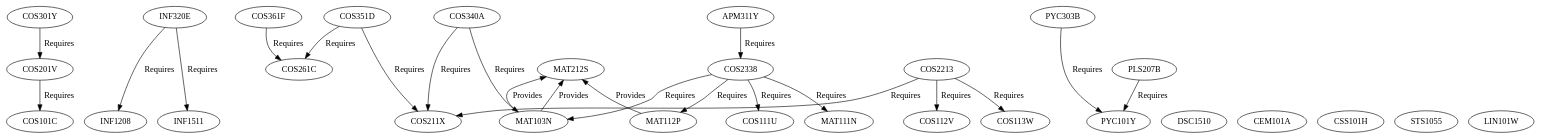
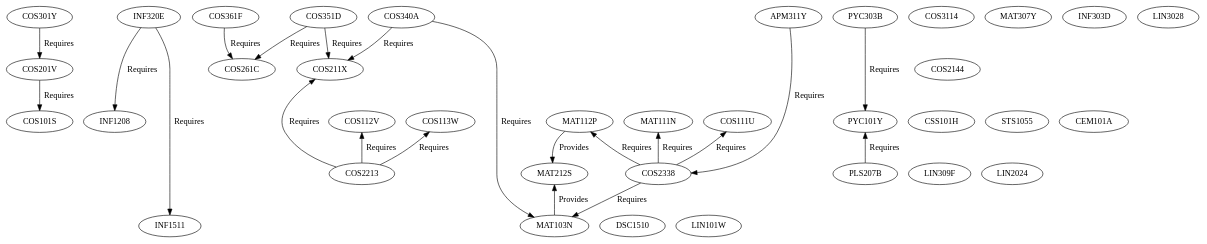
Before and after one commit to apauley/RandomHacks: the diagram in Unisa/ComputationalIntelligence.dot, drawn with Graphviz.

Commit message:
Updated GraphViz graph of Unisa modules

```diff
--- a/Unisa/ComputationalIntelligence.dot
+++ b/Unisa/ComputationalIntelligence.dot
@@ -1,50 +1,39 @@
 digraph ComputationalIntelligence {
+	//L3Compulsory [label="Level 3 Compulsory"]
+	{rank=same; COS301Y INF320E COS351D COS361F PYC303B}
+
+	//L3Optional [label="Level 3 Optional"]
+	{rank=same; COS3114 APM311Y MAT307Y INF303D LIN3028 COS340A}
+  
+	//L2Compulsory [label="Level 2 Compulsory"]
+	{rank=same; COS201V COS211X COS261C COS2144}
+
+	//L2Optional [label="Level 2 Optional"]
+	{rank=same; COS2213 COS2338 MAT212S LIN309F LIN2024 PLS207B}
+
+	//L1Compulsory [label="Level 1 Compulsory"]
+	{rank=same; COS101S COS112V COS113W INF1208 MAT112P MAT111N PYC101Y COS111U CSS101H STS1055 CEM101A}
+
+	//L1Optional [label="Level 1 Optional"]
+	{rank=same; MAT103N DSC1510 LIN101W INF1511}
+
 	COS301Y -> {COS201V} [label=Requires]
 	INF320E -> {INF1208 INF1511} [label=Requires]
 	COS361F -> {COS261C} [label=Requires]
 	COS351D -> {COS211X COS261C} [label=Requires]
 	PYC303B -> {PYC101Y} [label=Requires]
 
 	COS340A -> {COS211X MAT103N} [label=Requires]
 	APM311Y -> {COS2338} [label=Requires]
 
-	{rank=same
-	COS301Y
-	INF320E
-	COS361F
-	COS351D
-	PYC303B
 
-	COS340A
-	APM311Y
-	}
-
-	COS201V -> {COS101C} [label=Requires]
+	COS201V -> {COS101S} [label=Requires]
 	COS2338 -> {COS111U MAT103N MAT111N MAT112P} [label=Requires]
 	COS2213 -> {COS112V COS113W COS211X} [label=Requires]
 
 	PLS207B -> {PYC101Y} [label=Requires]
-	MAT212S -> {MAT103N MAT112P} [label=Provides, dir=back]
 
-	{rank=same
-	COS201V
-	COS2338
-	COS2213
-
-	PLS207B
-	MAT212S
-	}
 
 	MAT103N -> {MAT212S} [label=Provides]
-
-	{rank=same
-	DSC1510
-	INF1208
-	INF1511
-	CEM101A
-	MAT103N
-	CSS101H
-	STS1055
-	PYC101Y
-	LIN101W}
+	MAT112P -> {MAT212S} [label=Provides]
 }
```
